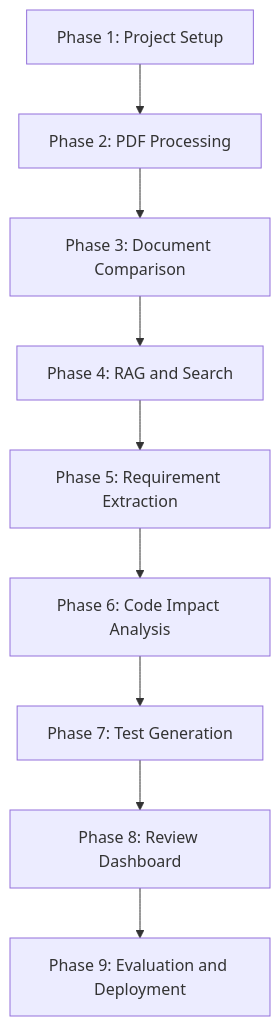
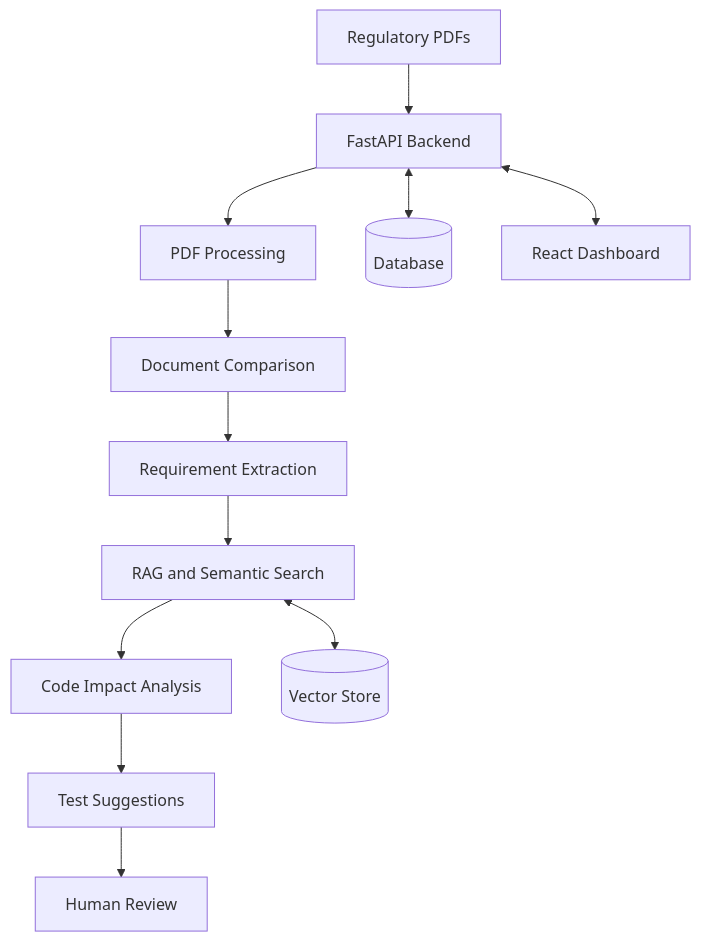
Before and after one commit to rajshreesinha-23/regulalens-ai: the second of 2 diagrams in README.md, drawn with Mermaid. The commit also changed other lines of this file, not shown here.

````diff
--- a/README.md
+++ b/README.md
@@ -1035,11 +56,14 @@
 ```mermaid
-flowchart TD
-    A[Phase 1: Project Setup] --> B[Phase 2: PDF Processing]
-    B --> C[Phase 3: Document Comparison]
-    C --> D[Phase 4: RAG and Search]
-    D --> E[Phase 5: Requirement Extraction]
-    E --> F[Phase 6: Code Impact Analysis]
-    F --> G[Phase 7: Test Generation]
-    G --> H[Phase 8: Review Dashboard]
-    H --> I[Phase 9: Evaluation and Deployment]
+flowchart TB
+    A[Regulatory PDFs] --> B[FastAPI Backend]
+    B --> C[PDF Processing]
+    C --> D[Document Comparison]
+    D --> E[Requirement Extraction]
+    E --> F[RAG and Semantic Search]
+    F --> G[Code Impact Analysis]
+    G --> H[Test Suggestions]
+    H --> I[Human Review]
+    B <--> J[(Database)]
+    F <--> K[(Vector Store)]
+    B <--> L[React Dashboard]
 ```
````
